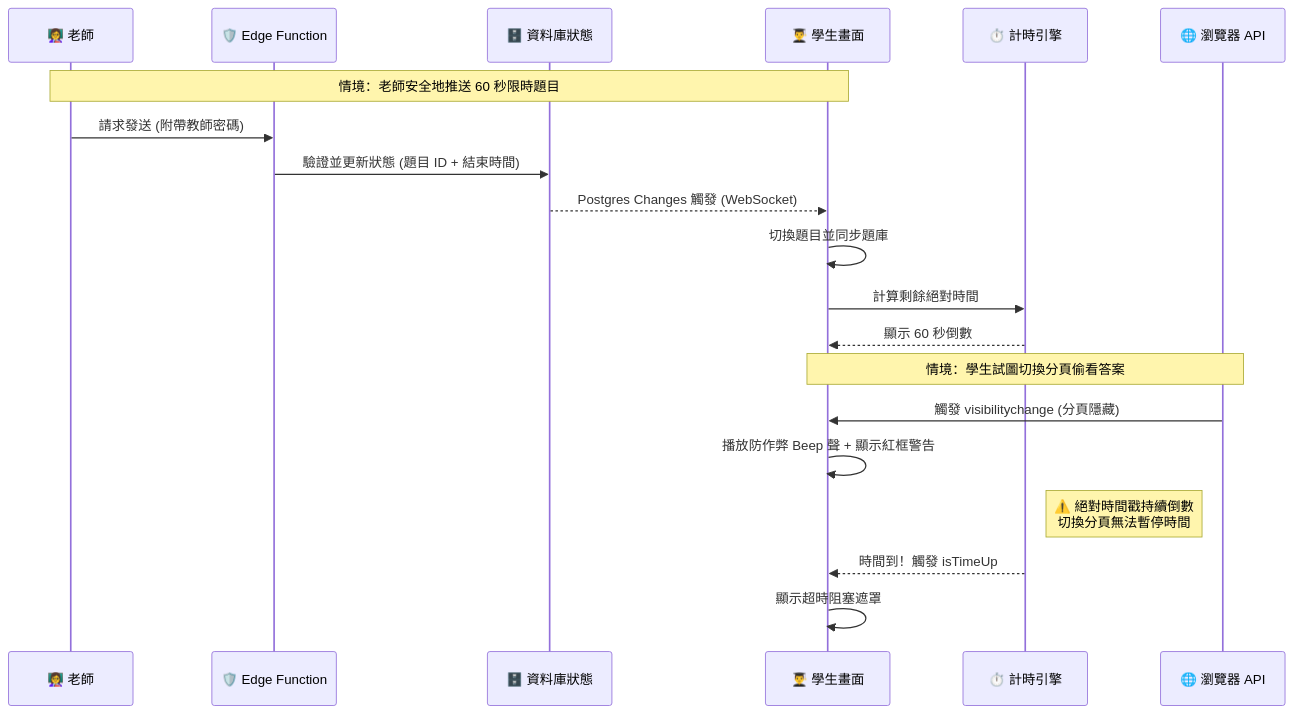
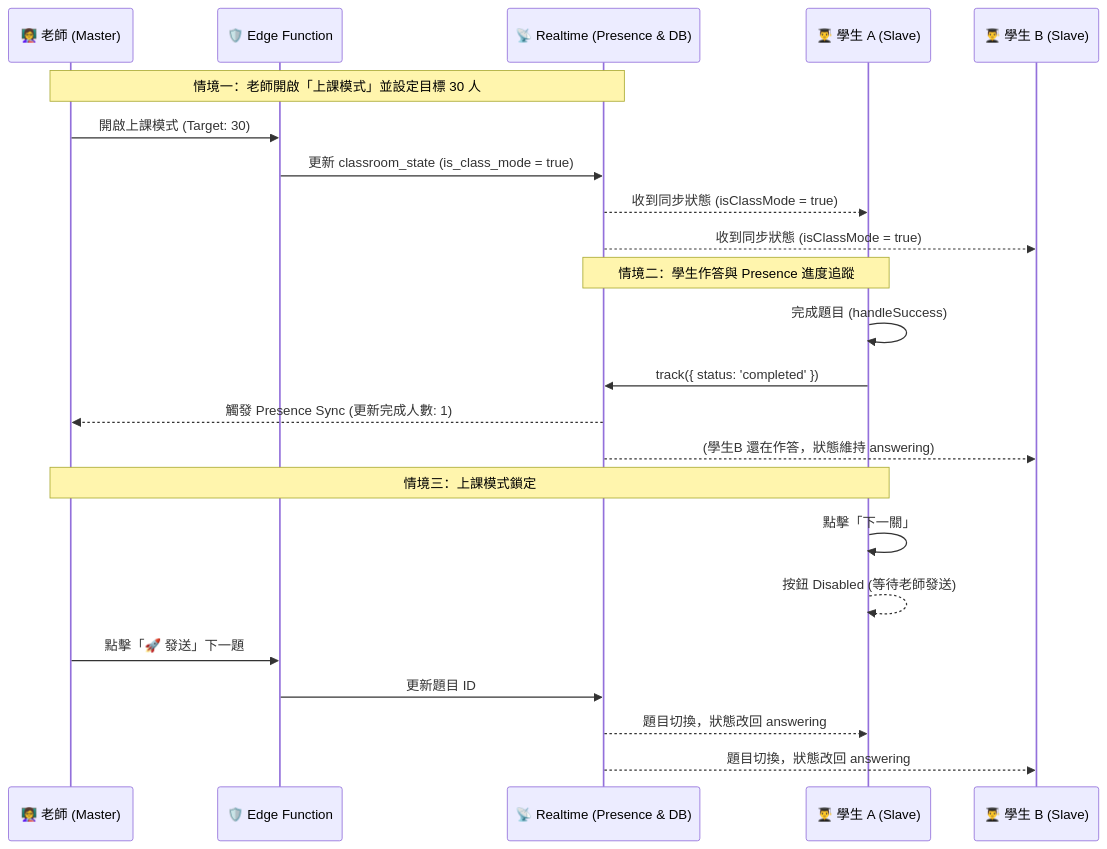
One commit to ylin3-learner/anime-character-hunter-lite changed the second of 2 diagrams in README.zh-TW.md. Above: the diagram before and after it, drawn with Mermaid. The commit also changed other lines of this file and 1 other file, not shown here.

First line of the commit message:
docs(readme): document presence tracking and class mode lock features

````diff
--- a/README.zh-TW.md
+++ b/README.zh-TW.md
@@ -129,27 +148,29 @@
 ```mermaid
 sequenceDiagram
-    participant T as 👩‍🏫 老師
+    participant T as 👩‍🏫 老師 (Master)
     participant EF as 🛡️ Edge Function
-    participant DB as 🗄️ 資料庫狀態
-    participant S as 👨‍🎓 學生畫面
-    participant Timer as ⏱️ 計時引擎
-    participant Browser as 🌐 瀏覽器 API
+    participant RT as 📡 Realtime (Presence & DB)
+    participant S as 👨‍🎓 學生 A (Slave)
+    participant S2 as 👨‍🎓 學生 B (Slave)
 
-    Note over T,S: 情境：老師安全地推送 60 秒限時題目
+    Note over T,RT: 情境一：老師開啟「上課模式」並設定目標 30 人
+    T->>EF: 開啟上課模式 (Target: 30)
+    EF->>RT: 更新 classroom_state (is_class_mode = true)
+    RT-->>S: 收到同步狀態 (isClassMode = true)
+    RT-->>S2: 收到同步狀態 (isClassMode = true)
+
+    Note over S,RT: 情境二：學生作答與 Presence 進度追蹤
+    S->>S: 完成題目 (handleSuccess)
+    S->>RT: track({ status: 'completed' })
+    RT-->>T: 觸發 Presence Sync (更新完成人數: 1)
+    RT-->>S2: (學生B 還在作答，狀態維持 answering)
+
+    Note over S,T: 情境三：上課模式鎖定
+    S->>S: 點擊「下一關」
+    S-->>S: 按鈕 Disabled (等待老師發送)
     
-    T->>EF: 請求發送 (附帶教師密碼)
-    EF->>DB: 驗證並更新狀態 (題目 ID + 結束時間)
-    DB-->>S: Postgres Changes 觸發 (WebSocket)
-    S->>S: 切換題目並同步題庫
-    S->>Timer: 計算剩餘絕對時間
-    Timer-->>S: 顯示 60 秒倒數
-
-    Note over S,Browser: 情境：學生試圖切換分頁偷看答案
-    
-    Browser->>S: 觸發 visibilitychange (分頁隱藏)
-    S->>S: 播放防作弊 Beep 聲 + 顯示紅框警告
-    Note right of Timer: ⚠️ 絕對時間戳持續倒數<br>切換分頁無法暫停時間
-    
-    Timer-->>S: 時間到！觸發 isTimeUp
-    S->>S: 顯示超時阻塞遮罩
+    T->>EF: 點擊「🚀 發送」下一題
+    EF->>RT: 更新題目 ID
+    RT-->>S: 題目切換，狀態改回 answering
+    RT-->>S2: 題目切換，狀態改回 answering
 ```
````
